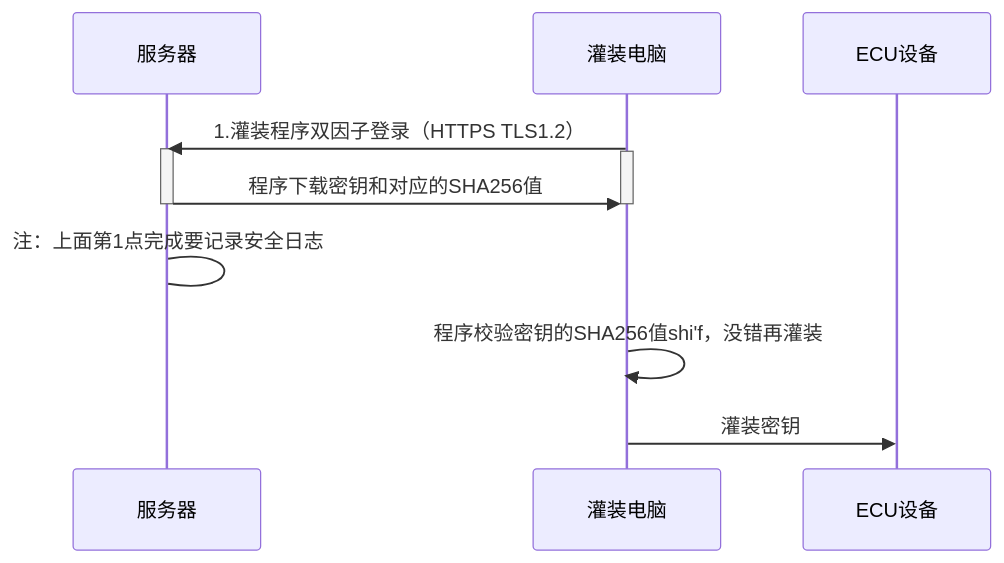
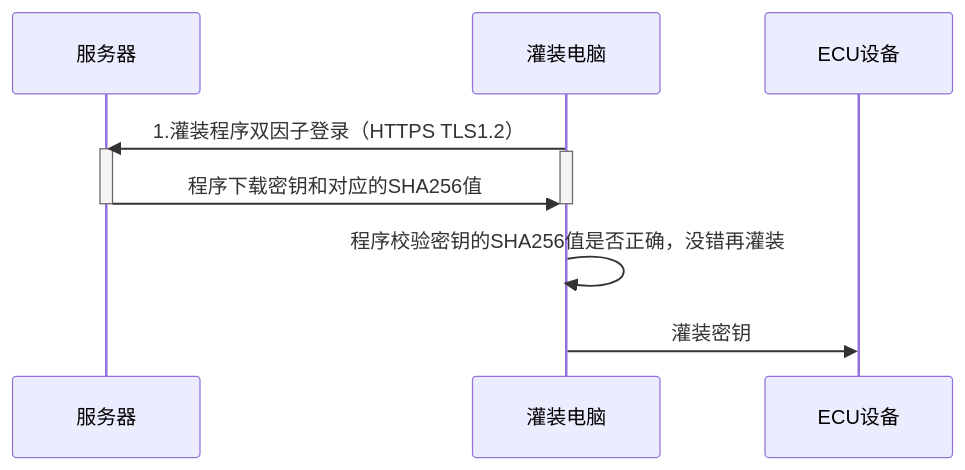
One commit to facebook-cloud/iodraw-files changed the diagram in all/未命名-23.md. Above: the diagram before and after it, drawn with Mermaid.

Commit message:
2026-04-15 17:11:37 update

````diff
--- a/all/未命名-23.md
+++ b/all/未命名-23.md
@@ -1,19 +1,19 @@
 ```mermaid
 sequenceDiagram
   
     participant B as 服务器
     participant D as 灌装电脑
     participant E as ECU设备
 
     D->>B: 1.灌装程序双因子登录（HTTPS TLS1.2）
     activate B
     activate D
     B->>D: 程序下载密钥和对应的SHA256值
     deactivate B
     deactivate D
-    B->B: 注：上面第1点完成要记录安全日志
+    
 
-    D->>D:程序校验密钥的SHA256值shi'f，没错再灌装
+    D->>D:程序校验密钥的SHA256值是否正确，没错再灌装
     
     D->>E: 灌装密钥
 ```
````
